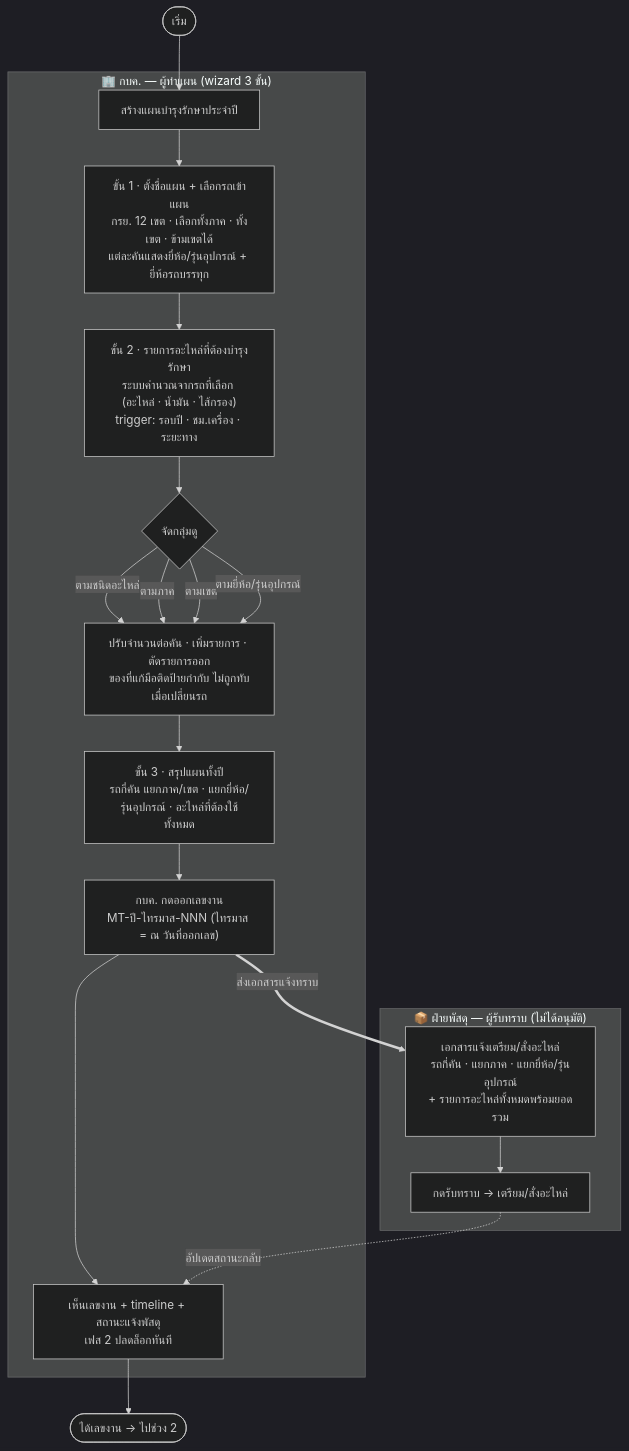
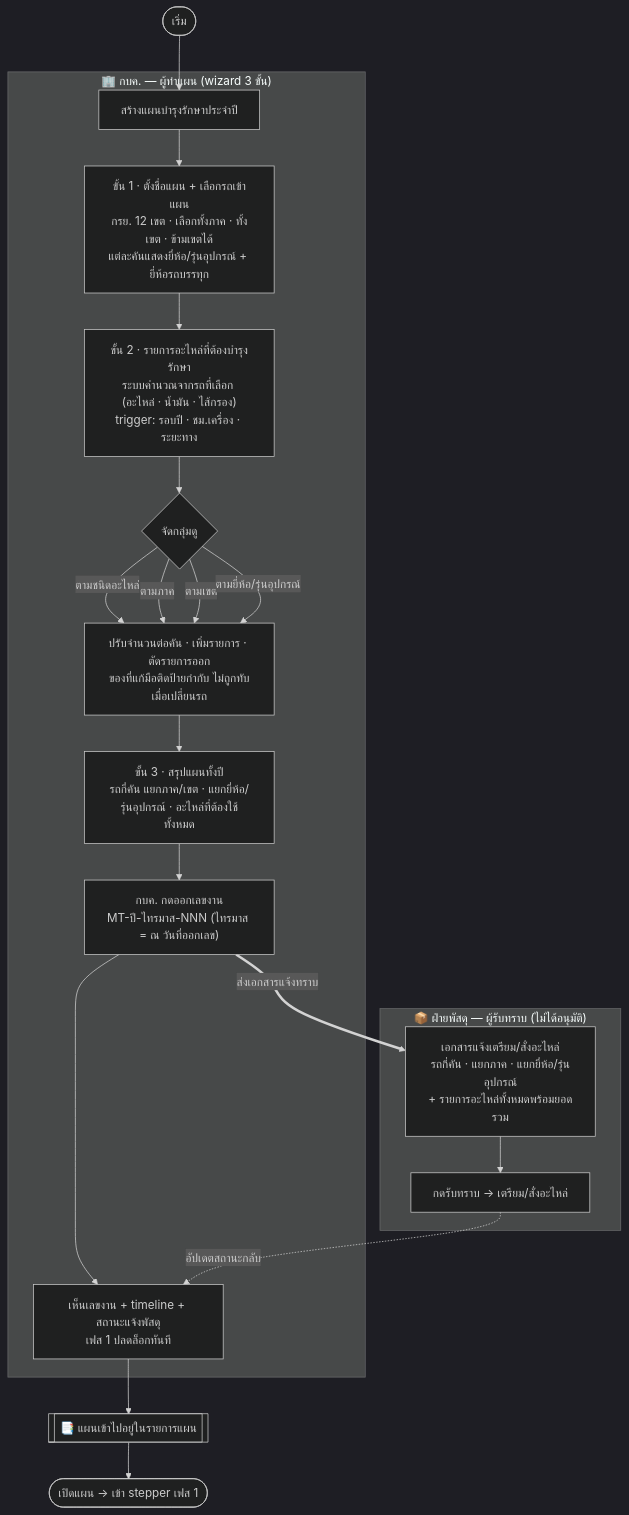
The diagram in Diagram/01-บำรุงรักษาตามวาระ/01-ออกเลขงาน.md (anugmail/Maintenance-Request-Form), drawn with Mermaid (dark theme) before and after one commit. The commit also changed other lines of this file and 13 other files, not shown here.

First line of the commit message:
docs(diagram): sync ผังบำรุงรักษาครบทั้ง 7 ไฟล์ — เลิกใช้ "6 ช่วง" เป็น ออกเลขงาน + 5 เฟส

````diff
--- a/Diagram/01-บำรุงรักษาตามวาระ/01-ออกเลขงาน.md
+++ b/Diagram/01-บำรุงรักษาตามวาระ/01-ออกเลขงาน.md
@@ -11,30 +14,31 @@
 ```mermaid
 flowchart TB
     S([เริ่ม])
 
     subgraph KBK["🏢 กบค. — ผู้ทำแผน (wizard 3 ขั้น)"]
         A[สร้างแผนบำรุงรักษาประจำปี]
         A --> B["ขั้น 1 · ตั้งชื่อแผน + เลือกรถเข้าแผน<br/>กรย. 12 เขต · เลือกทั้งภาค · ทั้งเขต · ข้ามเขตได้<br/>แต่ละคันแสดงยี่ห้อ/รุ่นอุปกรณ์ + ยี่ห้อรถบรรทุก"]
         B --> C["ขั้น 2 · รายการอะไหล่ที่ต้องบำรุงรักษา<br/>ระบบคำนวณจากรถที่เลือก (อะไหล่ · น้ำมัน · ไส้กรอง)<br/>trigger: รอบปี · ชม.เครื่อง · ระยะทาง"]
         C --> C2{"จัดกลุ่มดู"}
         C2 -->|ตามชนิดอะไหล่| C3
         C2 -->|ตามภาค| C3
         C2 -->|ตามเขต| C3
         C2 -->|ตามยี่ห้อ/รุ่นอุปกรณ์| C3
         C3["ปรับจำนวนต่อคัน · เพิ่มรายการ · ตัดรายการออก<br/>ของที่แก้มือติดป้ายกำกับ ไม่ถูกทับเมื่อเปลี่ยนรถ"]
         C3 --> D["ขั้น 3 · สรุปแผนทั้งปี<br/>รถกี่คัน แยกภาค/เขต · แยกยี่ห้อ/รุ่นอุปกรณ์ · อะไหล่ที่ต้องใช้ทั้งหมด"]
         D --> E["กบค. กดออกเลขงาน<br/>MT-ปี-ไทรมาส-NNN (ไทรมาส = ณ วันที่ออกเลข)"]
-        E --> J[เห็นเลขงาน + timeline + สถานะแจ้งพัสดุ<br/>เฟส 2 ปลดล็อกทันที]
+        E --> J[เห็นเลขงาน + timeline + สถานะแจ้งพัสดุ<br/>เฟส 1 ปลดล็อกทันที]
     end
 
     subgraph PSD["📦 ฝ่ายพัสดุ — ผู้รับทราบ (ไม่ได้อนุมัติ)"]
         F["เอกสารแจ้งเตรียม/สั่งอะไหล่<br/>รถกี่คัน · แยกภาค · แยกยี่ห้อ/รุ่นอุปกรณ์<br/>+ รายการอะไหล่ทั้งหมดพร้อมยอดรวม"]
         G[กดรับทราบ → เตรียม/สั่งอะไหล่]
         F --> G
     end
 
     S --> A
     E ==>|ส่งเอกสารแจ้งทราบ| F
     G -. อัปเดตสถานะกลับ .-> J
-    J --> Z([ได้เลขงาน → ไปช่วง 2])
+    J --> L[["📑 แผนเข้าไปอยู่ในรายการแผน"]]
+    L --> Z(["เปิดแผน → เข้า stepper เฟส 1"])
 ```
````
